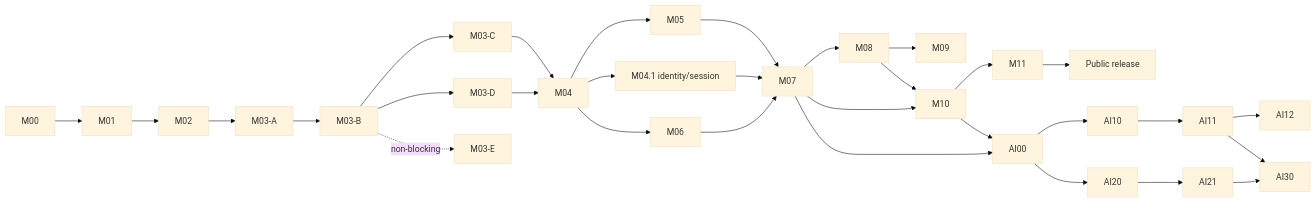
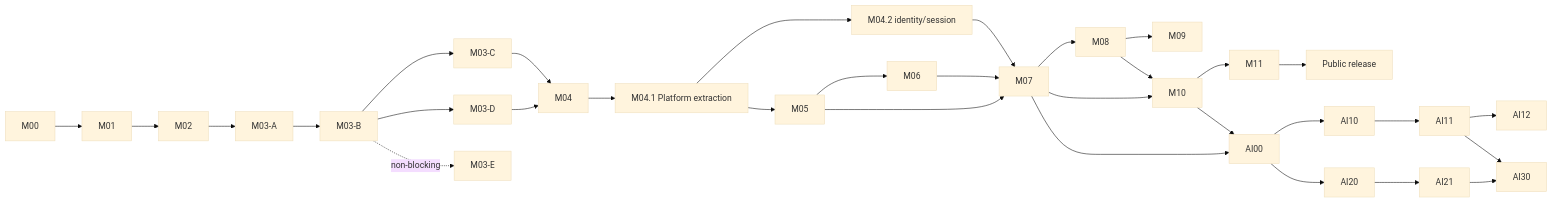
One commit to MarneusKalgar/aspectloop changed the eighth of 8 diagrams in docs/general-plan.md. Above: the diagram before and after it, drawn with Mermaid (base theme). The commit also changed other lines of this file and 75 other files, not shown here.

````diff
--- a/docs/general-plan.md
+++ b/docs/general-plan.md
@@ -1488,24 +1552,25 @@
 ```mermaid
 flowchart LR
   M00 --> M01 --> M02 --> M03A["M03-A"] --> M03B["M03-B"]
   M03B --> M03C["M03-C"]
   M03B --> M03D["M03-D"]
-  M03C --> M04 --> M05
+  M03C --> M04 --> M04_1["M04.1 Platform extraction"]
   M03D --> M04
   M03B -. "non-blocking" .-> M03E["M03-E"]
-  M04 --> M04_1["M04.1 identity/session"]
-  M04 --> M06
+  M04_1 --> M04_2["M04.2 identity/session"]
+  M04_1 --> M05
+  M05 --> M06
   M05 --> M07
-  M04_1 --> M07
+  M04_2 --> M07
   M06 --> M07 --> M08 --> M09
   M07 --> M10
   M08 --> M10 --> M11
   M11 --> Public["Public release"]
 
   M07 --> AI00
   M10 --> AI00
   AI00 --> AI10 --> AI11 --> AI12
   AI00 --> AI20 --> AI21
   AI11 --> AI30
   AI21 --> AI30
 ```
````
